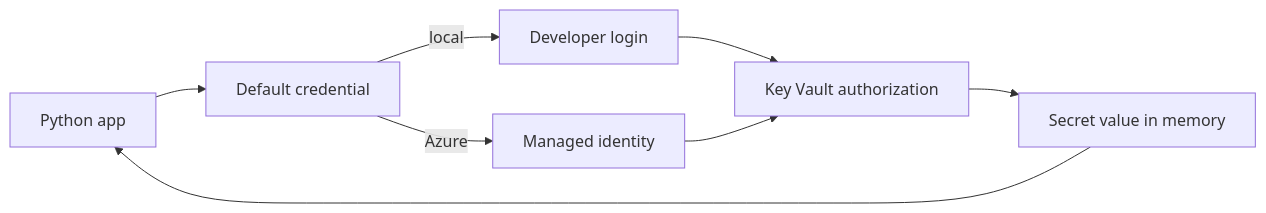
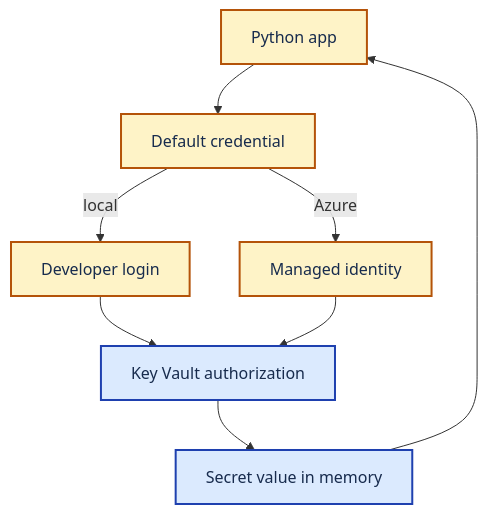
Before and after one commit to Acestus/portfolio: the diagram in site/content/docs/video-key-vault-secrets-python.md, drawn with Mermaid. The commit also changed 20 other files, not shown here.

Commit message:
Apply Mermaid and Pele style to video guides (#58)

````diff
--- a/site/content/docs/video-key-vault-secrets-python.md
+++ b/site/content/docs/video-key-vault-secrets-python.md
@@ -27,10 +27,16 @@
 ```mermaid
-flowchart LR
+flowchart TD
+  accTitle: Azure Key Vault secrets in a Python application
   P[Python app] --> I[Default credential]
   I -->|local| D[Developer login]
   I -->|Azure| M[Managed identity]
   D --> A[Key Vault authorization]
   M --> A
   A --> S[Secret value in memory]
   S --> P
+
+  classDef primary fill:#FEF3C7,stroke:#B45309,color:#172B4D,stroke-width:2px
+  classDef secondary fill:#DBEAFE,stroke:#1E40AF,color:#172B4D,stroke-width:2px
+  class P,I,D,M primary
+  class A,S secondary
 ```
````
